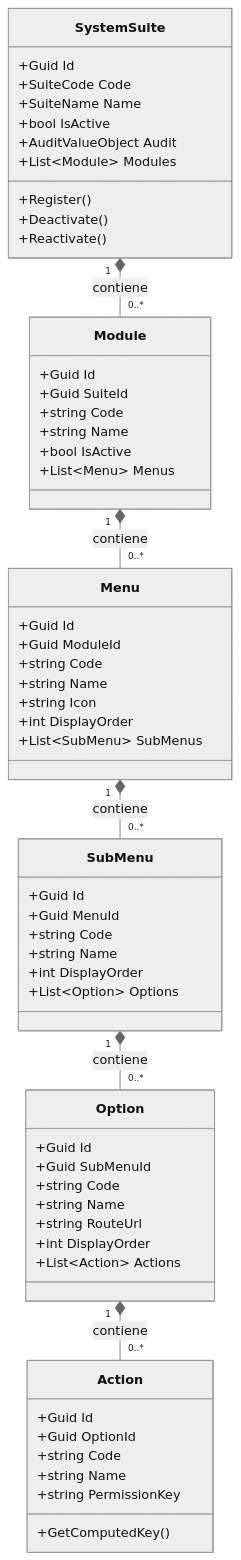
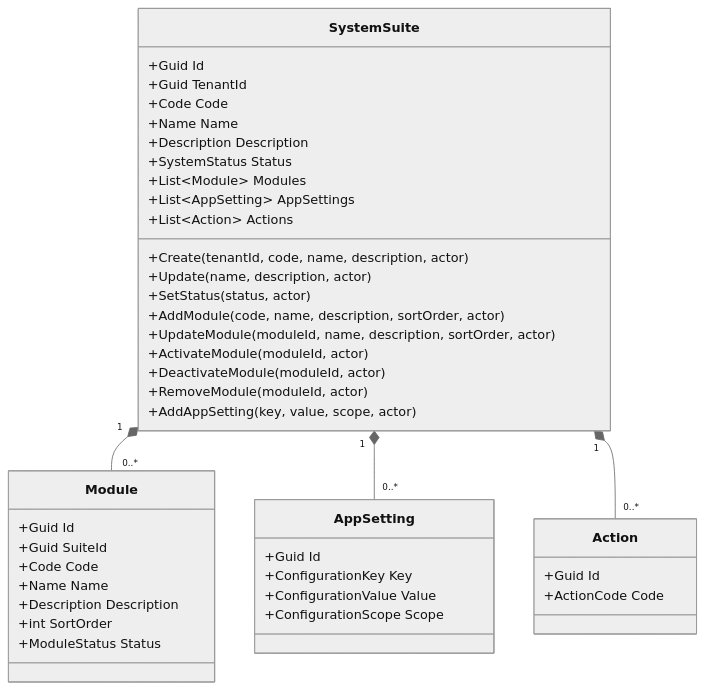
Before and after one commit to beyondnetcode/ums: the first of 3 diagrams in docs/domain-es/authorization/system-suite.md, drawn with Mermaid (neutral theme). The commit also changed other lines of this file and 19 other files, not shown here.

````diff
--- a/docs/domain-es/authorization/system-suite.md
+++ b/docs/domain-es/authorization/system-suite.md
@@ -183,63 +79,46 @@
 ```mermaid
 classDiagram
     direction TB
     class SystemSuite {
         +Guid Id
-        +SuiteCode Code
-        +SuiteName Name
-        +bool IsActive
-        +AuditValueObject Audit
+        +Guid TenantId
+        +Code Code
+        +Name Name
+        +Description Description
+        +SystemStatus Status
         +List~Module~ Modules
-        +Register()
-        +Deactivate()
-        +Reactivate()
+        +List~AppSetting~ AppSettings
+        +List~Action~ Actions
+        +Create(tenantId, code, name, description, actor)
+        +Update(name, description, actor)
+        +SetStatus(status, actor)
+        +AddModule(code, name, description, sortOrder, actor)
+        +UpdateModule(moduleId, name, description, sortOrder, actor)
+        +ActivateModule(moduleId, actor)
+        +DeactivateModule(moduleId, actor)
+        +RemoveModule(moduleId, actor)
+        +AddAppSetting(key, value, scope, actor)
     }
     class Module {
         +Guid Id
         +Guid SuiteId
-        +string Code
-        +string Name
-        +bool IsActive
-        +List~Menu~ Menus
+        +Code Code
+        +Name Name
+        +Description Description
+        +int SortOrder
+        +ModuleStatus Status
     }
-    class Menu {
+    class AppSetting {
         +Guid Id
-        +Guid ModuleId
-        +string Code
-        +string Name
-        +string Icon
-        +int DisplayOrder
-        +List~SubMenu~ SubMenus
-    }
-    class SubMenu {
-        +Guid Id
-        +Guid MenuId
-        +string Code
-        +string Name
-        +int DisplayOrder
-        +List~Option~ Options
-    }
-    class Option {
-        +Guid Id
-        +Guid SubMenuId
-        +string Code
-        +string Name
-        +string RouteUrl
-        +int DisplayOrder
-        +List~Action~ Actions
+        +ConfigurationKey Key
+        +ConfigurationValue Value
+        +ConfigurationScope Scope
     }
     class Action {
         +Guid Id
-        +Guid OptionId
-        +string Code
-        +string Name
-        +string PermissionKey
-        +GetComputedKey()
+        +ActionCode Code
     }
-
-    SystemSuite "1" *-- "0..*" Module : contiene
-    Module "1" *-- "0..*" Menu : contiene
-    Menu "1" *-- "0..*" SubMenu : contiene
-    SubMenu "1" *-- "0..*" Option : contiene
-    Option "1" *-- "0..*" Action : contiene
+    SystemSuite "1" *-- "0..*" Module
+    SystemSuite "1" *-- "0..*" AppSetting
+    SystemSuite "1" *-- "0..*" Action
 ```
````
